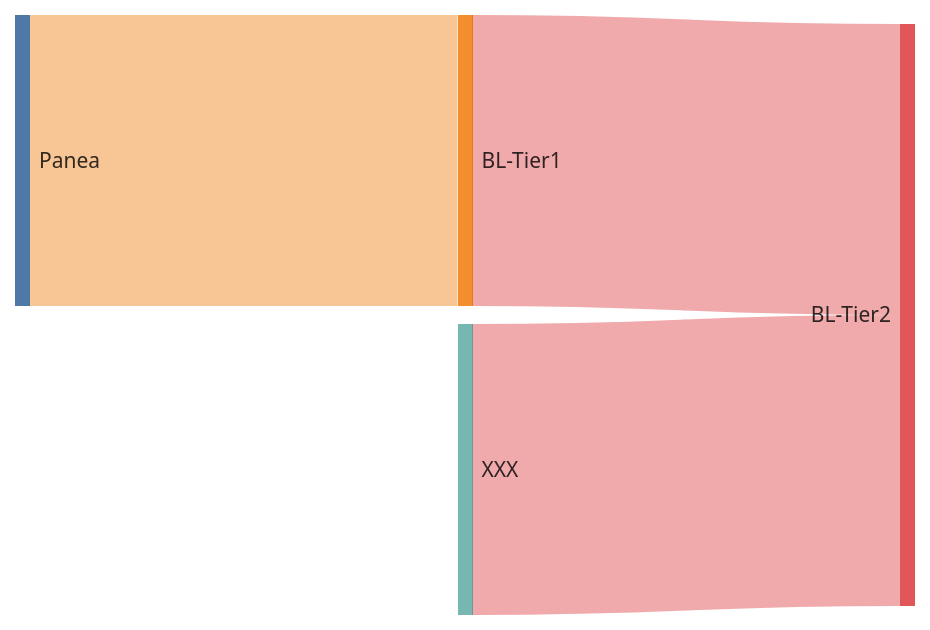
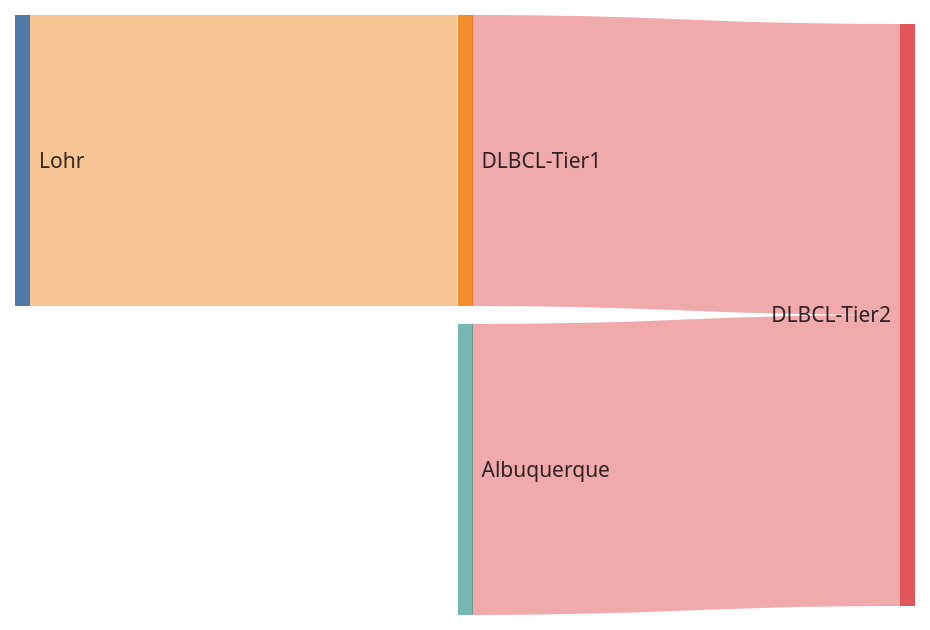
Before and after one commit to morinlab/lymphopedia: the diagram in sankey_test.md, drawn with Mermaid.

````diff
--- a/sankey_test.md
+++ b/sankey_test.md
@@ -3,15 +3,15 @@
 ```mermaid
 ---
 config:
   sankey:
     showValues: false
     linkColor: target
     width: 600
     height: 400
     nodeAlignment: right
 ---
 sankey-beta
-Panea, BL-Tier1, 1
-BL-Tier1, BL-Tier2, 1
-XXX, BL-Tier2, 1
+Lohr, DLBCL-Tier1, 1
+DLBCL-Tier1, DLBCL-Tier2, 1
+Albuquerque, DLBCL-Tier2, 1
 ```
````
